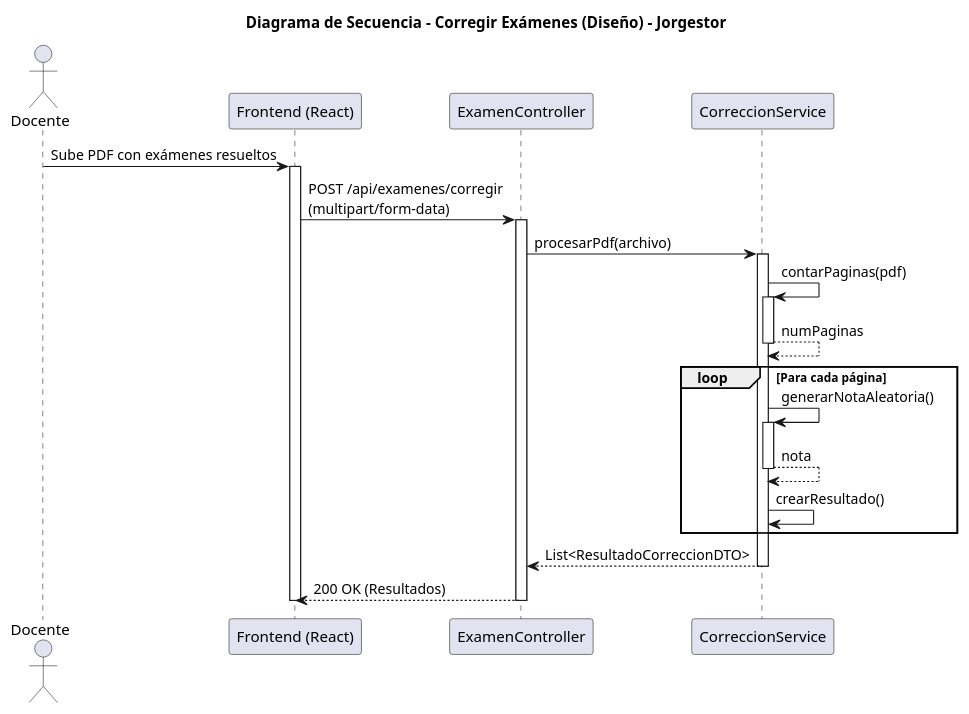
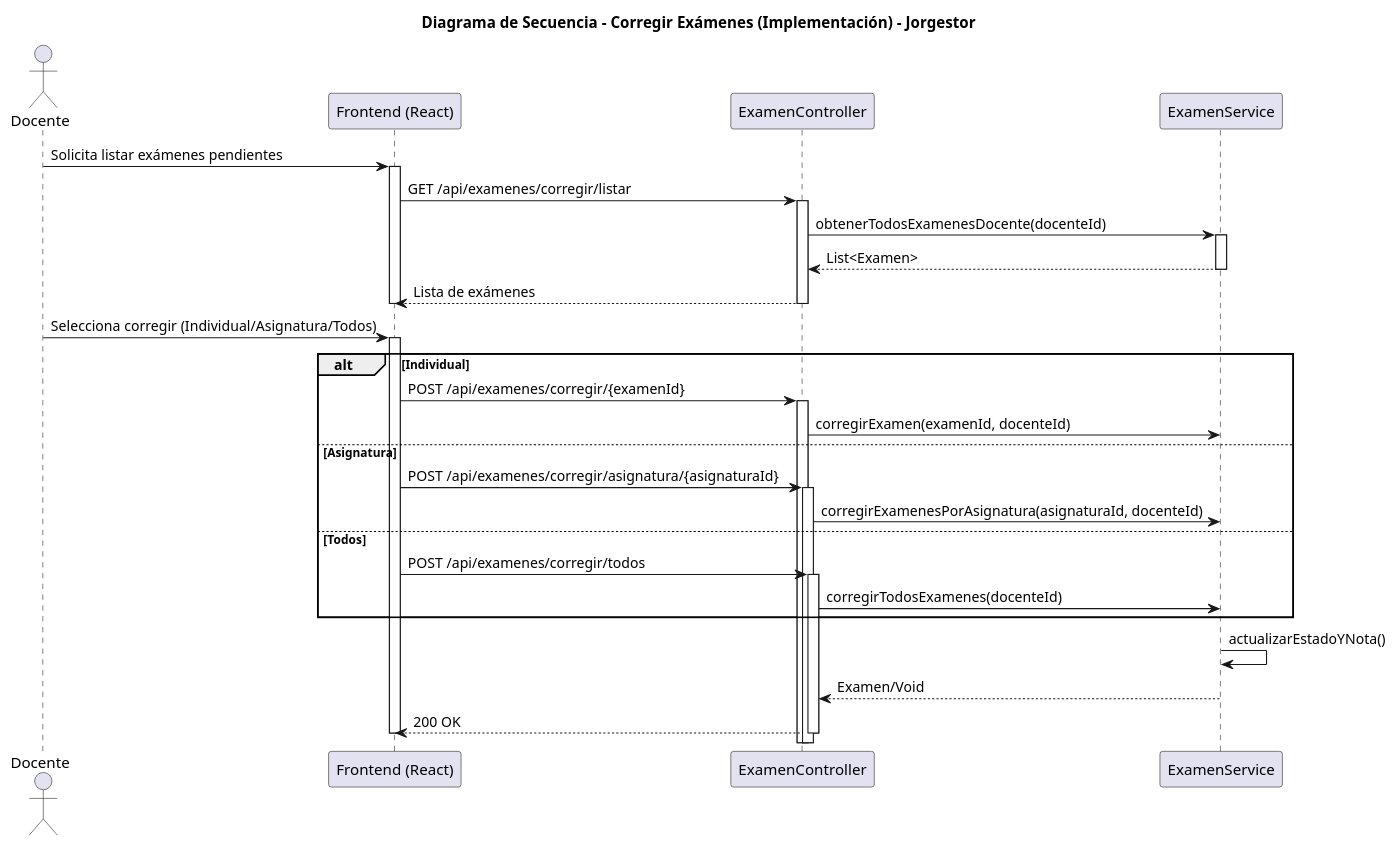
Before and after one commit to Pareyor/25-26-idsw2-sdVC: the diagram in modelosUML/diseño/corregirExamenes/corregirExamenes.puml, drawn with PlantUML. The commit also changed 2 other files, not shown here.

Commit message:
fix: Corrige fallo en diseño de corregirExamenes

```diff
--- a/modelosUML/diseño/corregirExamenes/corregirExamenes.puml
+++ b/modelosUML/diseño/corregirExamenes/corregirExamenes.puml
@@ -1,39 +1,45 @@
 @startuml
-title Diagrama de Secuencia - Corregir Exámenes (Diseño) - Jorgestor
+title Diagrama de Secuencia - Corregir Exámenes (Implementación) - Jorgestor
 
 actor "Docente" as Teacher
 participant "Frontend (React)" as FE
 participant "ExamenController" as Controller
-participant "CorreccionService" as Service
+participant "ExamenService" as Service
 
-Teacher -> FE: Sube PDF con exámenes resueltos
+Teacher -> FE: Solicita listar exámenes pendientes
 activate FE
+FE -> Controller: GET /api/examenes/corregir/listar
+activate Controller
+Controller -> Service: obtenerTodosExamenesDocente(docenteId)
+activate Service
+Service --> Controller: List<Examen>
+deactivate Service
+Controller --> FE: Lista de exámenes
+deactivate Controller
+deactivate FE
 
-FE -> Controller: POST /api/examenes/corregir\n(multipart/form-data)
-activate Controller
-
-Controller -> Service: procesarPdf(archivo)
-activate Service
-
-Service -> Service: contarPaginas(pdf)
-activate Service
-Service --> Service: numPaginas
-deactivate Service
-
-loop Para cada página
-    Service -> Service: generarNotaAleatoria()
-    activate Service
-    Service --> Service: nota
-    deactivate Service
-    
-    Service -> Service: crearResultado()
+Teacher -> FE: Selecciona corregir (Individual/Asignatura/Todos)
+activate FE
+alt Individual
+    FE -> Controller: POST /api/examenes/corregir/{examenId}
+    activate Controller
+    Controller -> Service: corregirExamen(examenId, docenteId)
+else Asignatura
+    FE -> Controller: POST /api/examenes/corregir/asignatura/{asignaturaId}
+    activate Controller
+    Controller -> Service: corregirExamenesPorAsignatura(asignaturaId, docenteId)
+else Todos
+    FE -> Controller: POST /api/examenes/corregir/todos
+    activate Controller
+    Controller -> Service: corregirTodosExamenes(docenteId)
 end
 
-Service --> Controller: List<ResultadoCorreccionDTO>
+activate Service
+Service -> Service: actualizarEstadoYNota()
+Service --> Controller: Examen/Void
 deactivate Service
-
-Controller --> FE: 200 OK (Resultados)
+Controller --> FE: 200 OK
 deactivate Controller
 deactivate FE
 
 @enduml
```
